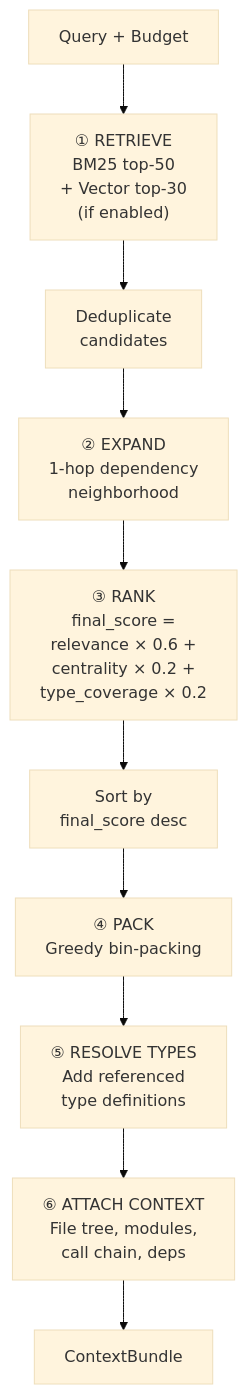
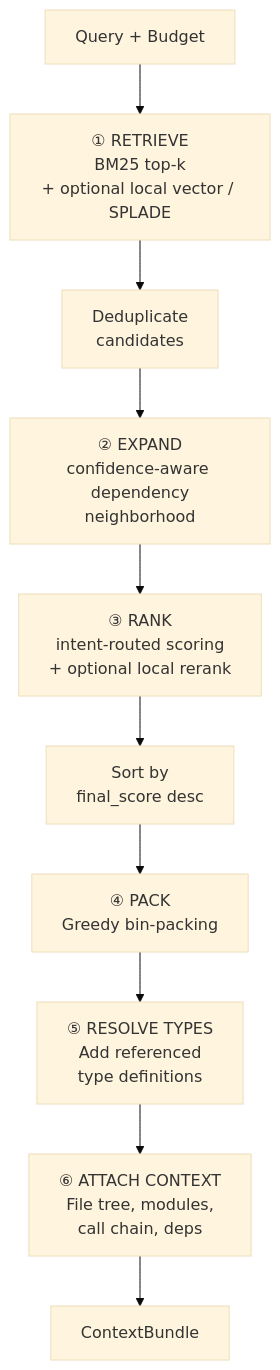
The seventh of 8 diagrams in docs/SYSTEM_DESIGN.md (Mathews-Tom/archex), drawn with Mermaid (base theme) before and after one commit. The commit also changed other lines of this file, not shown here.

````diff
--- a/docs/SYSTEM_DESIGN.md
+++ b/docs/SYSTEM_DESIGN.md
@@ -937,13 +1030,13 @@
 ```mermaid
 graph TD
     Q["Query + Budget"]
-    Q --> Retrieve["① RETRIEVE<br/>BM25 top-50<br/>+ Vector top-30<br/>(if enabled)"]
+    Q --> Retrieve["① RETRIEVE<br/>BM25 top-k<br/>+ optional local vector / SPLADE"]
     Retrieve --> Dedup["Deduplicate<br/>candidates"]
-    Dedup --> Expand["② EXPAND<br/>1-hop dependency<br/>neighborhood"]
-    Expand --> Score["③ RANK<br/>final_score =<br/>relevance × 0.6 +<br/>centrality × 0.2 +<br/>type_coverage × 0.2"]
+    Dedup --> Expand["② EXPAND<br/>confidence-aware dependency<br/>neighborhood"]
+    Expand --> Score["③ RANK<br/>intent-routed scoring<br/>+ optional local rerank"]
     Score --> Sort["Sort by<br/>final_score desc"]
     Sort --> Pack["④ PACK<br/>Greedy bin-packing"]
     Pack --> TypeResolve["⑤ RESOLVE TYPES<br/>Add referenced<br/>type definitions"]
     TypeResolve --> Structure["⑥ ATTACH CONTEXT<br/>File tree, modules,<br/>call chain, deps"]
     Structure --> Output["ContextBundle"]
 ```
````
